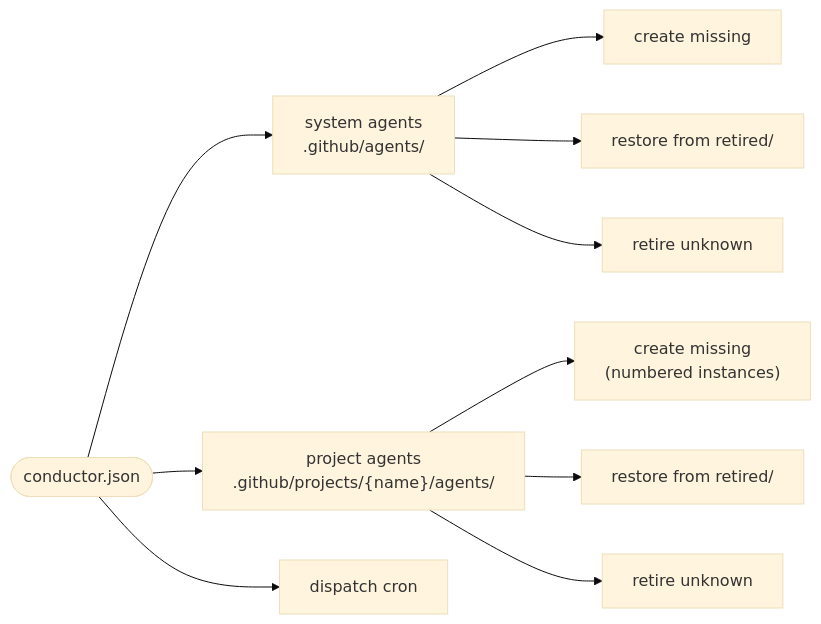
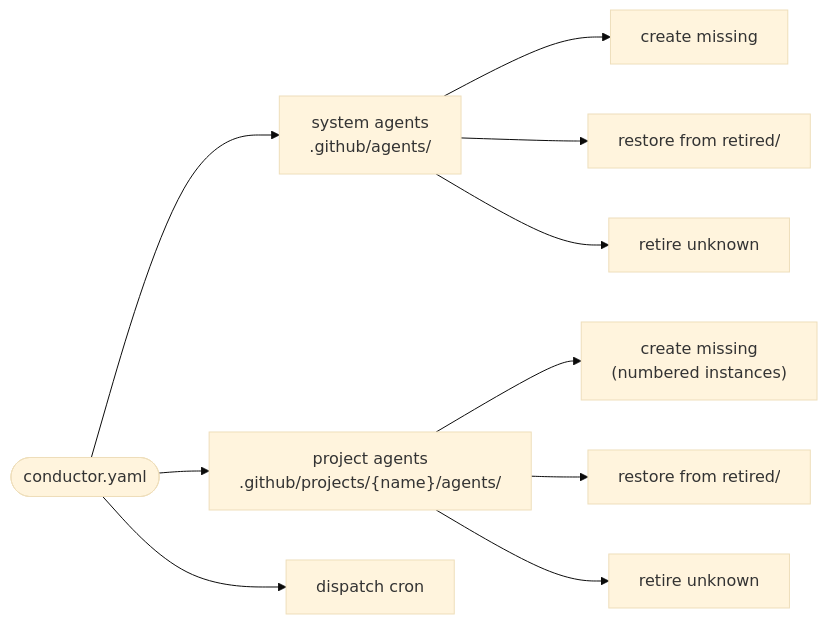
The second of 6 diagrams in src/python/con-pilot/README.md (oliben67/copilot-conductor), drawn with Mermaid (base theme) before and after one commit. The commit also changed other lines of this file and 1 other file, not shown here.

````diff
--- a/src/python/con-pilot/README.md
+++ b/src/python/con-pilot/README.md
@@ -91,17 +90,17 @@
 ```mermaid
 flowchart LR
-    CF(["conductor.json"])
+    CF(["conductor.yaml"])
 
     CF --> SA["system agents\n.github/agents/"]
     CF --> PA["project agents\n.github/projects/{name}/agents/"]
 
     SA --> C1["create missing"]
     SA --> C2["restore from retired/"]
     SA --> C3["retire unknown"]
 
     PA --> D1["create missing\n(numbered instances)"]
     PA --> D2["restore from retired/"]
     PA --> D3["retire unknown"]
 
     CF --> CR["dispatch cron"]
 ```
````
